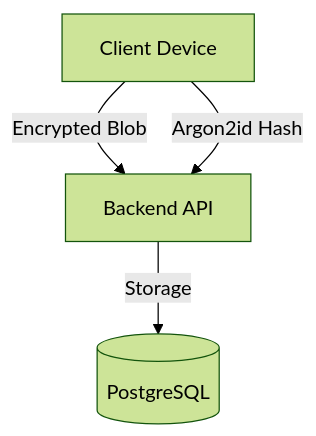
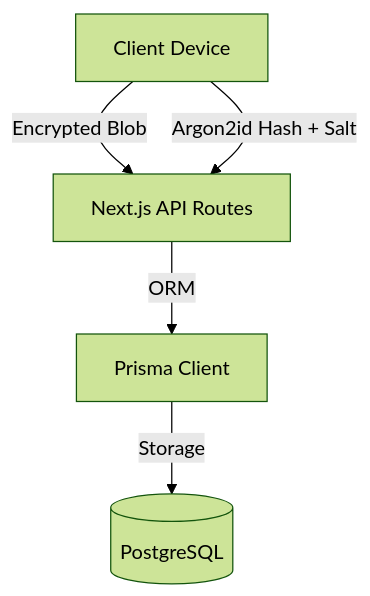
Before and after one commit to lucyb0207/PwmngerTS: the diagram in README.md, drawn with Mermaid (forest theme). The commit also changed other lines of this file and 4 other files, not shown here.

First line of the commit message:
docs: update architecture, security design, and recovery guides

````diff
--- a/README.md
+++ b/README.md
@@ -30,6 +28,7 @@
 ```mermaid
 graph TD
-    Client[Client Device] -->|Encrypted Blob| Server[Backend API]
-    Client -->|Argon2id Hash| Server
-    Server -->|Storage| DB[(PostgreSQL)]
+    Client[Client Device] -->|Encrypted Blob| NextJS[Next.js API Routes]
+    Client -->|Argon2id Hash + Salt| NextJS
+    NextJS -->|ORM| Prisma[Prisma Client]
+    Prisma -->|Storage| DB[(PostgreSQL)]
 ```
````
